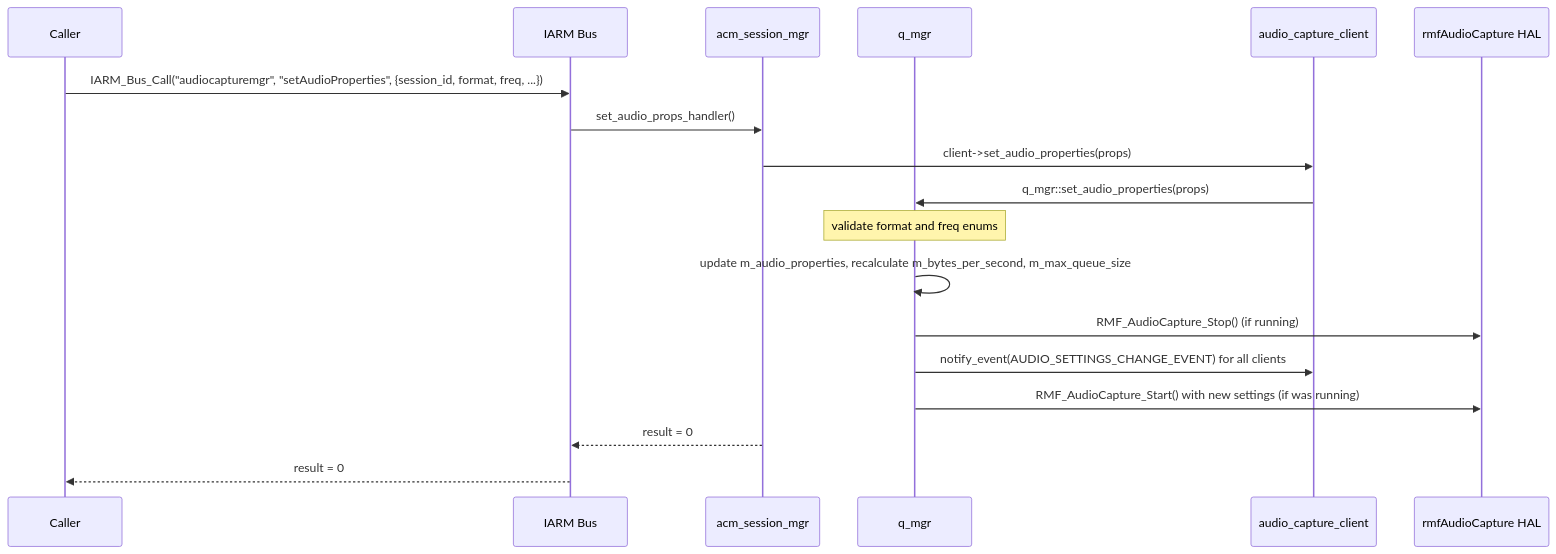
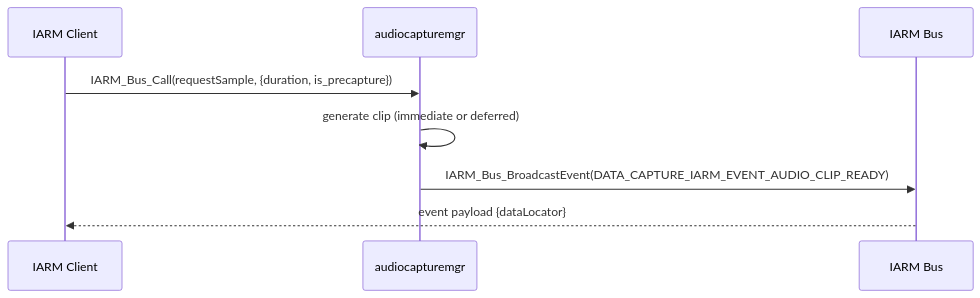
The seventh of 7 diagrams in docs/docu/RDKV-Documentations/audiocapturemgr.md (rns21/RDK_Documentation), drawn with Mermaid before and after one commit. The commit also changed other lines of this file, not shown here.

Commit message:
Modified as per new template

````diff
--- a/docs/docu/RDKV-Documentations/audiocapturemgr.md
+++ b/docs/docu/RDKV-Documentations/audiocapturemgr.md
@@ -723,21 +293,11 @@
 ```mermaid
 sequenceDiagram
-    participant App as Caller
+    participant Client as IARM Client
+    participant ACM as audiocapturemgr
     participant IARM as IARM Bus
-    participant SM as acm_session_mgr
-    participant QM as q_mgr
-    participant Client as audio_capture_client
-    participant RMF as rmfAudioCapture HAL
 
-    App->>IARM: IARM_Bus_Call("audiocapturemgr", "setAudioProperties", {session_id, format, freq, ...})
-    IARM->>SM: set_audio_props_handler()
-    SM->>Client: client->set_audio_properties(props)
-    Client->>QM: q_mgr::set_audio_properties(props)
-    Note over QM: validate format and freq enums
-    QM->>QM: update m_audio_properties, recalculate m_bytes_per_second, m_max_queue_size
-    QM->>RMF: RMF_AudioCapture_Stop() (if running)
-    QM->>Client: notify_event(AUDIO_SETTINGS_CHANGE_EVENT) for all clients
-    QM->>RMF: RMF_AudioCapture_Start() with new settings (if was running)
-    SM-->>IARM: result = 0
-    IARM-->>App: result = 0
+    Client->>ACM: IARM_Bus_Call(requestSample, {duration, is_precapture})
+    ACM->>ACM: generate clip (immediate or deferred)
+    ACM->>IARM: IARM_Bus_BroadcastEvent(DATA_CAPTURE_IARM_EVENT_AUDIO_CLIP_READY)
+    IARM-->>Client: event payload {dataLocator}
 ```
````
